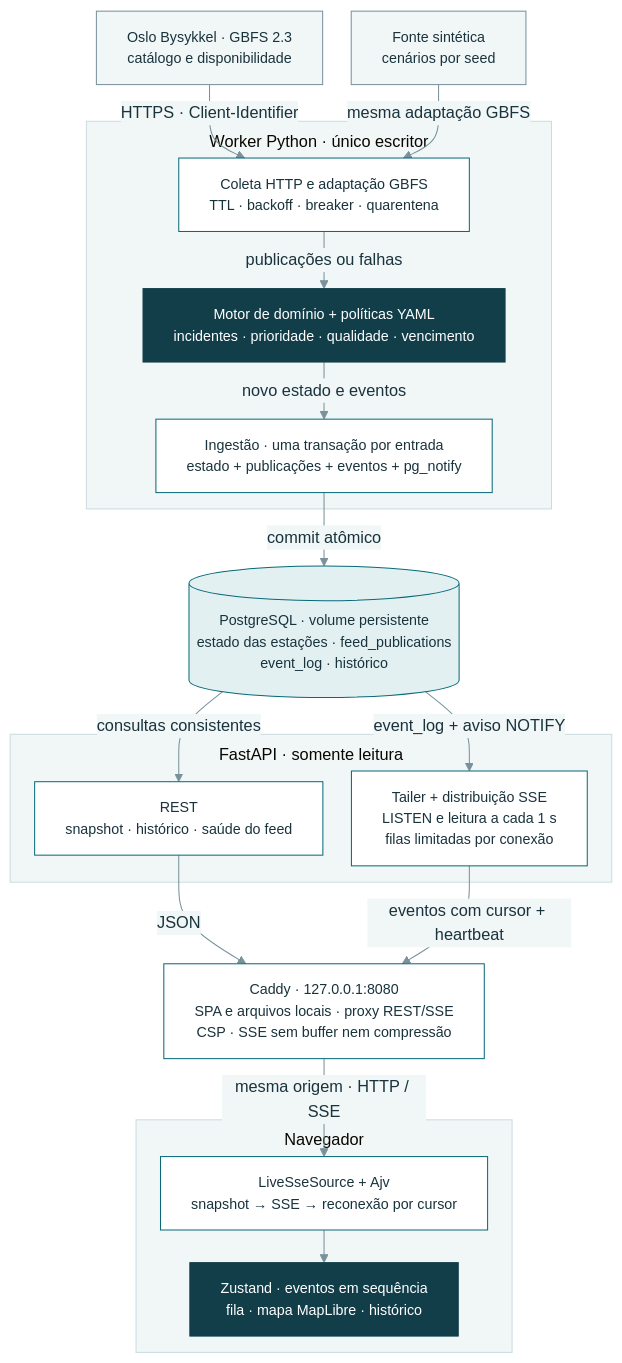
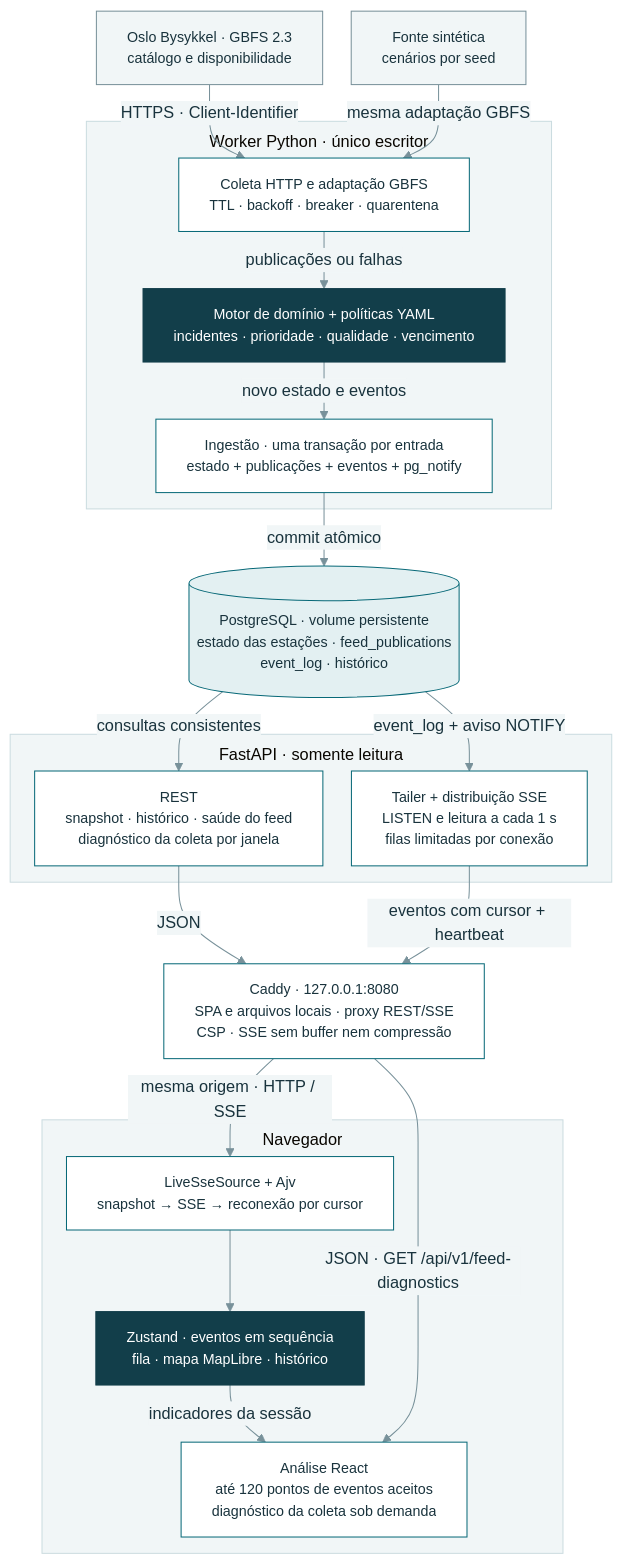
One commit to arthurjoanes/cycleops changed the first of 2 diagrams in README.md. Above: the diagram before and after it, drawn with Mermaid. The commit also changed other lines of this file and 65 other files, not shown here.

Commit message:
Adiciona exploração do replay e diagnóstico da coleta

````diff
--- a/README.md
+++ b/README.md
@@ -63,55 +69,58 @@
 ```mermaid
 ---
 config:
   theme: base
   themeVariables:
     fontFamily: Arial, sans-serif
     primaryTextColor: "#19333D"
     lineColor: "#78919A"
     clusterBkg: "#F1F6F7"
     clusterBorder: "#CBDCE0"
     edgeLabelBackground: "#F1F6F7"
   flowchart:
     wrappingWidth: 360
     nodeSpacing: 28
     rankSpacing: 32
     subGraphTitleMargin:
       top: 8
       bottom: 12
 ---
 flowchart TB
     Oslo["Oslo Bysykkel · GBFS 2.3<br/>catálogo e disponibilidade"]:::source
     Synthetic["Fonte sintética<br/>cenários por seed"]:::source
 
         subgraph Worker["Worker Python · único escritor"]
             Collector["Coleta HTTP e adaptação GBFS<br/>TTL · backoff · breaker · quarentena"]:::delivery
             Engine["Motor de domínio + políticas YAML<br/>incidentes · prioridade · qualidade · vencimento"]:::core
             Ingest["Ingestão · uma transação por entrada<br/>estado + publicações + eventos + pg_notify"]:::delivery
             Collector -->|"publicações ou falhas"| Engine
             Engine -->|"novo estado e eventos"| Ingest
         end
         DB[("PostgreSQL · volume persistente<br/>estado das estações · feed_publications<br/>event_log · histórico")]:::storage
         subgraph API["FastAPI · somente leitura"]
-            Rest["REST<br/>snapshot · histórico · saúde do feed"]:::delivery
+            Rest["REST<br/>snapshot · histórico · saúde do feed<br/>diagnóstico da coleta por janela"]:::delivery
             Tailer["Tailer + distribuição SSE<br/>LISTEN e leitura a cada 1 s<br/>filas limitadas por conexão"]:::delivery
         end
         Edge["Caddy · 127.0.0.1:8080<br/>SPA e arquivos locais · proxy REST/SSE<br/>CSP · SSE sem buffer nem compressão"]:::delivery
         Ingest -->|"commit atômico"| DB
         DB -->|"consultas consistentes"| Rest
         DB -->|"event_log + aviso NOTIFY"| Tailer
         Rest -->|"JSON"| Edge
         Tailer -->|"eventos com cursor + heartbeat"| Edge
 
     subgraph Browser["Navegador"]
         Live["LiveSseSource + Ajv<br/>snapshot → SSE → reconexão por cursor"]:::delivery
         UI["Zustand · eventos em sequência<br/>fila · mapa MapLibre · histórico"]:::core
+        Analysis["Análise React<br/>até 120 pontos de eventos aceitos<br/>diagnóstico da coleta sob demanda"]:::delivery
         Live --> UI
+        UI -->|"indicadores da sessão"| Analysis
     end
     Oslo -->|"HTTPS · Client-Identifier"| Collector
     Synthetic -->|"mesma adaptação GBFS"| Collector
     Edge -->|"mesma origem · HTTP / SSE"| Live
+    Edge -->|"JSON · GET /api/v1/feed-diagnostics"| Analysis
     classDef source font-family:Arial,font-size:14px,fill:#F1F6F7,stroke:#78919A,color:#19333D
     classDef core font-family:Arial,font-size:14px,fill:#123E4A,stroke:#123E4A,color:#FFFFFF
     classDef storage font-family:Arial,font-size:14px,fill:#E3F0F2,stroke:#086978,color:#19333D
     classDef delivery font-family:Arial,font-size:14px,fill:#FFFFFF,stroke:#086978,color:#19333D
 ```
````
